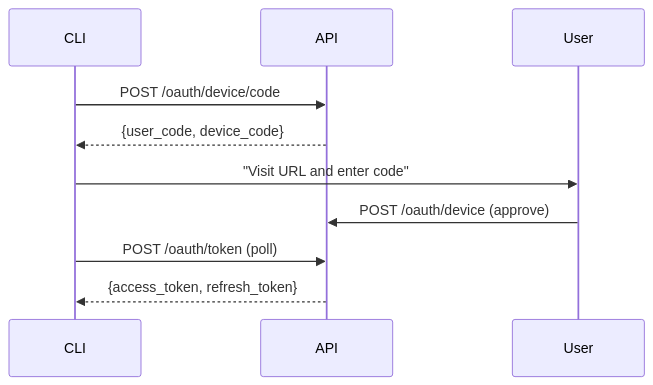
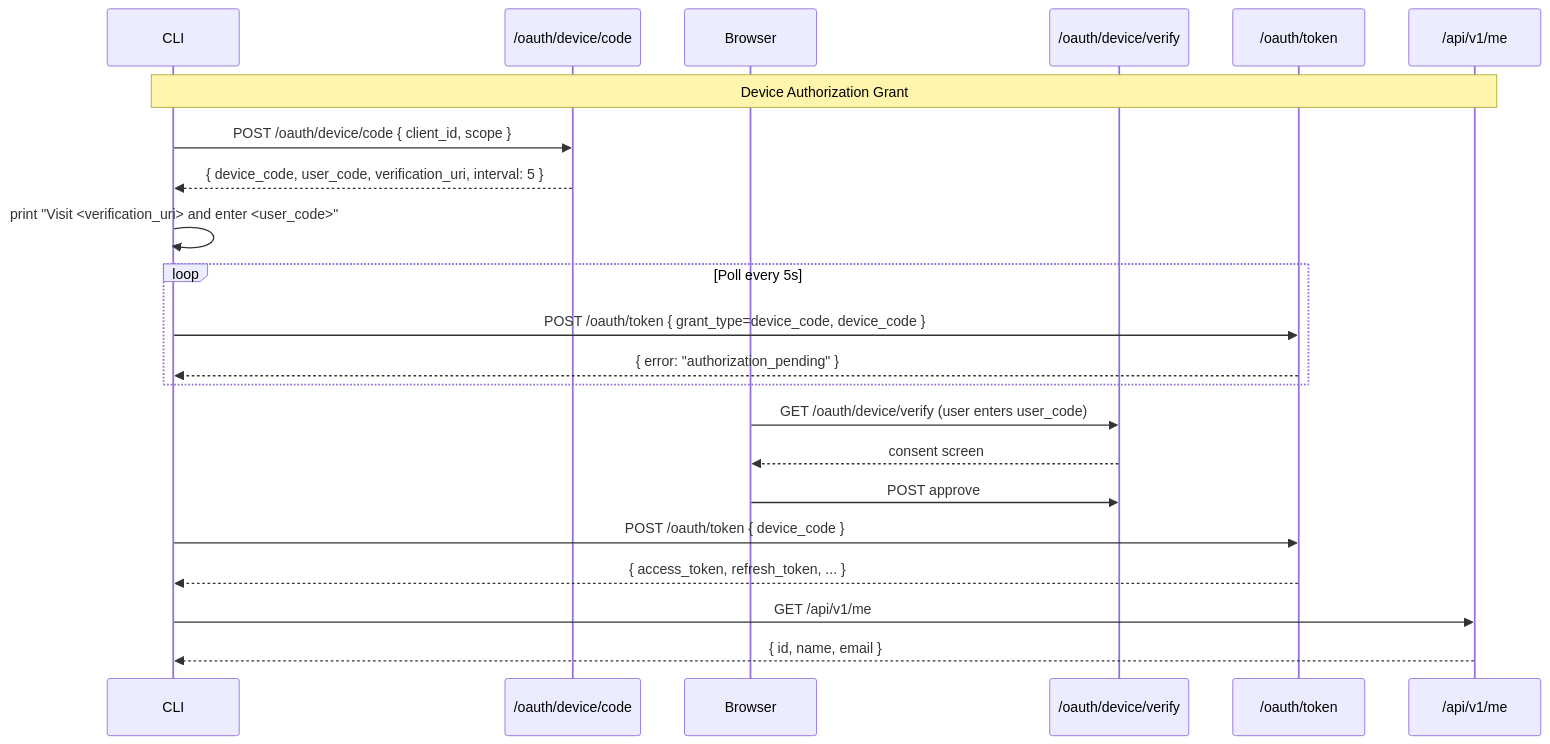
The third of 5 diagrams in docs/architecture.md (dhairyasurana007/ship), drawn with Mermaid before and after one commit. The commit also changed other lines of this file and 13 other files, not shown here.

````diff
--- a/docs/architecture.md
+++ b/docs/architecture.md
@@ -38,9 +123,25 @@
 ```mermaid
 sequenceDiagram
-  CLI->>API: POST /oauth/device/code
-  API-->>CLI: {user_code, device_code}
-  CLI->>User: "Visit URL and enter code"
-  User->>API: POST /oauth/device (approve)
-  CLI->>API: POST /oauth/token (poll)
-  API-->>CLI: {access_token, refresh_token}
+    participant CLI
+    participant DeviceEndpoint as /oauth/device/code
+    participant Browser
+    participant VerifyEndpoint as /oauth/device/verify
+    participant TokenEndpoint as /oauth/token
+    participant API as /api/v1/me
+
+    Note over CLI,API: Device Authorization Grant
+    CLI->>DeviceEndpoint: POST /oauth/device/code { client_id, scope }
+    DeviceEndpoint-->>CLI: { device_code, user_code, verification_uri, interval: 5 }
+    CLI->>CLI: print "Visit <verification_uri> and enter <user_code>"
+    loop Poll every 5s
+        CLI->>TokenEndpoint: POST /oauth/token { grant_type=device_code, device_code }
+        TokenEndpoint-->>CLI: { error: "authorization_pending" }
+    end
+    Browser->>VerifyEndpoint: GET /oauth/device/verify (user enters user_code)
+    VerifyEndpoint-->>Browser: consent screen
+    Browser->>VerifyEndpoint: POST approve
+    CLI->>TokenEndpoint: POST /oauth/token { device_code }
+    TokenEndpoint-->>CLI: { access_token, refresh_token, ... }
+    CLI->>API: GET /api/v1/me
+    API-->>CLI: { id, name, email }
 ```
````
